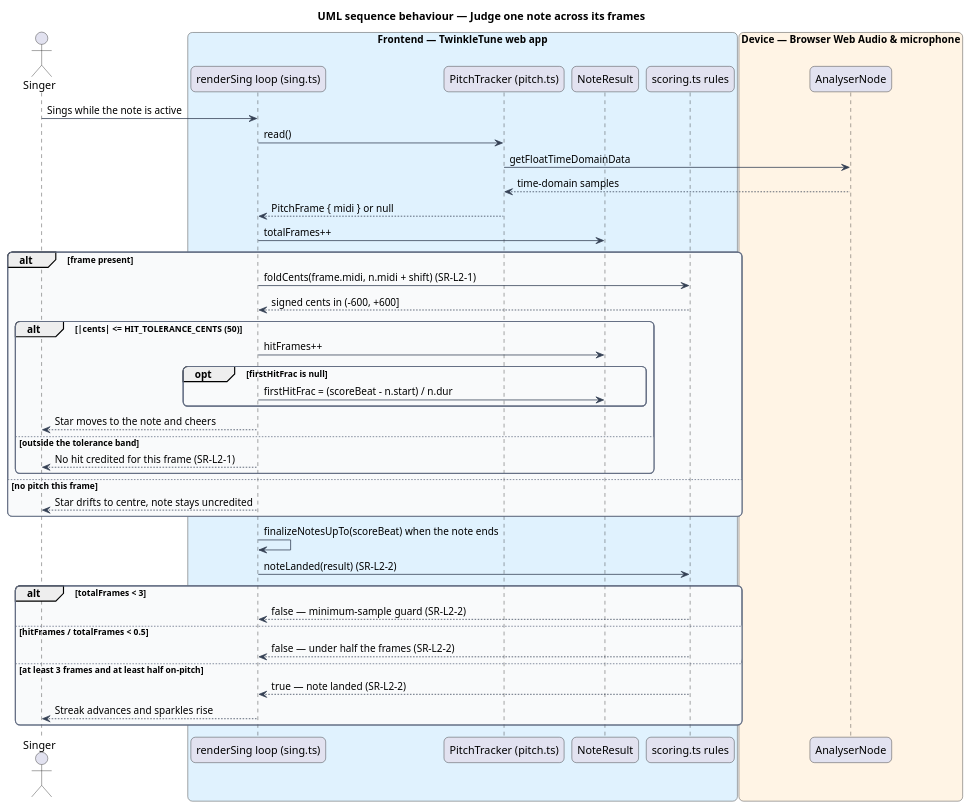
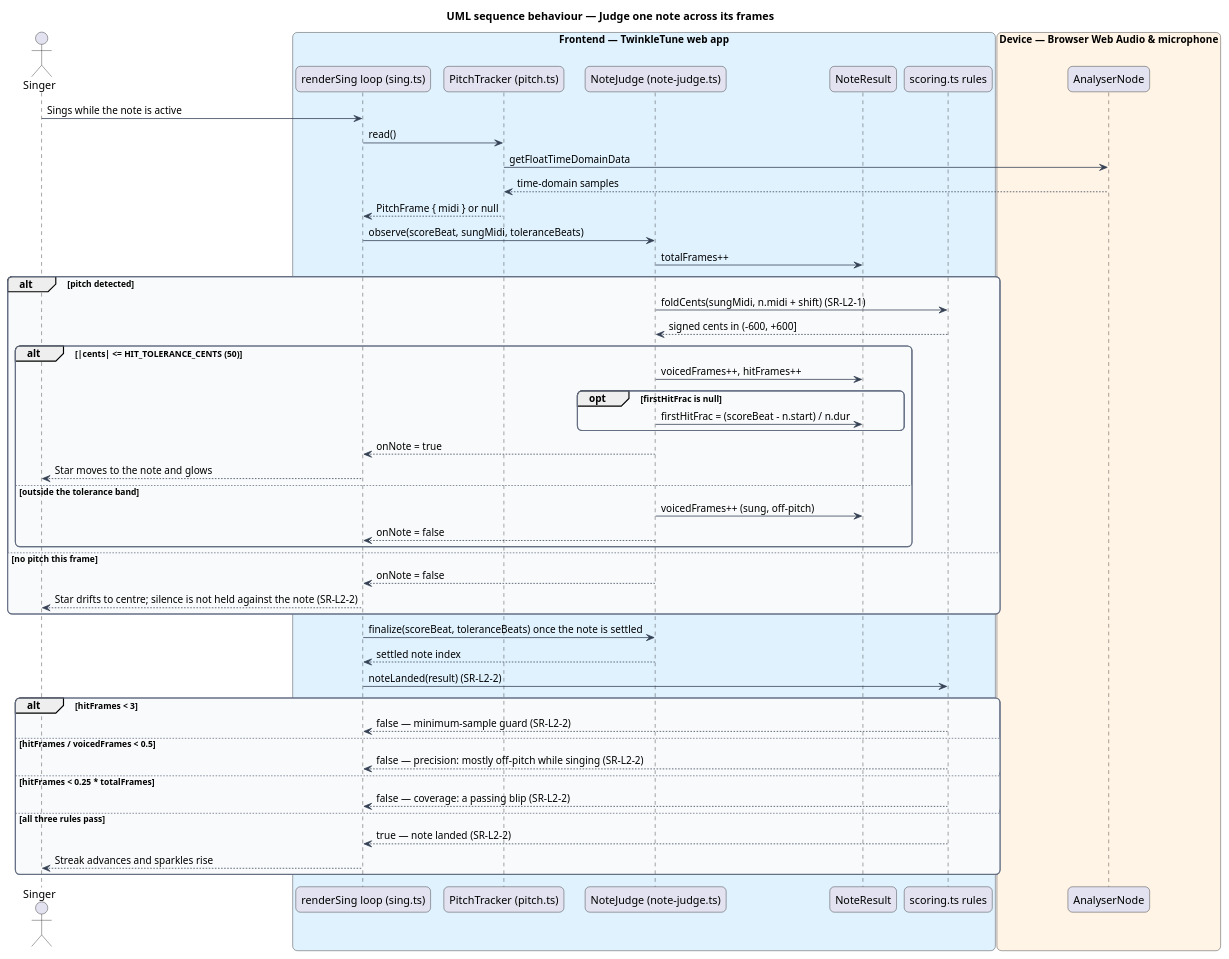
One commit to QuinntyneBrown/TwinkleTune changed the diagram in docs/detailed-designs/scoring-and-results/judge-landed-notes/diagrams/sequence-judge-one-note.puml. Above: the diagram before and after it, drawn with PlantUML. The commit also changed 18 other files, not shown here.

First line of the commit message:
Specify timing-tolerant, sung-frame note judging (SR-L2-2, SR-L2-18, SG-L2-25)

```diff
--- a/docs/detailed-designs/scoring-and-results/judge-landed-notes/diagrams/sequence-judge-one-note.puml
+++ b/docs/detailed-designs/scoring-and-results/judge-landed-notes/diagrams/sequence-judge-one-note.puml
@@ -1,61 +1,69 @@
 @startuml
 title UML sequence behaviour — Judge one note across its frames
 skinparam backgroundColor #FFFFFF
 skinparam shadowing false
 skinparam roundcorner 12
 skinparam defaultFontName Arial
 skinparam ArrowColor #344054
 skinparam rectangle {
   BorderColor #344054
   FontColor #101828
 }
 skinparam package {
   BorderColor #667085
   FontColor #101828
   BackgroundColor #F9FAFB
 }
 actor "Singer" as singer
 box "Frontend — TwinkleTune web app" #E0F2FE
   participant "renderSing loop (sing.ts)" as loop
   participant "PitchTracker (pitch.ts)" as tracker
+  participant "NoteJudge (note-judge.ts)" as judge
   participant "NoteResult" as result
   participant "scoring.ts rules" as rules
 end box
 box "Device — Browser Web Audio & microphone" #FFF4E5
   participant "AnalyserNode" as mic
 end box
 
 singer -> loop : Sings while the note is active
 loop -> tracker : read()
 tracker -> mic : getFloatTimeDomainData
 mic --> tracker : time-domain samples
 tracker --> loop : PitchFrame { midi } or null
 
-loop -> result : totalFrames++
-alt frame present
-  loop -> rules : foldCents(frame.midi, n.midi + shift) (SR-L2-1)
-  rules --> loop : signed cents in (-600, +600]
+loop -> judge : observe(scoreBeat, sungMidi, toleranceBeats)
+judge -> result : totalFrames++
+alt pitch detected
+  judge -> rules : foldCents(sungMidi, n.midi + shift) (SR-L2-1)
+  rules --> judge : signed cents in (-600, +600]
   alt |cents| <= HIT_TOLERANCE_CENTS (50)
-    loop -> result : hitFrames++
+    judge -> result : voicedFrames++, hitFrames++
     opt firstHitFrac is null
-      loop -> result : firstHitFrac = (scoreBeat - n.start) / n.dur
+      judge -> result : firstHitFrac = (scoreBeat - n.start) / n.dur
     end
-    loop --> singer : Star moves to the note and cheers
+    judge --> loop : onNote = true
+    loop --> singer : Star moves to the note and glows
   else outside the tolerance band
-    loop --> singer : No hit credited for this frame (SR-L2-1)
+    judge -> result : voicedFrames++ (sung, off-pitch)
+    judge --> loop : onNote = false
   end
 else no pitch this frame
-  loop --> singer : Star drifts to centre, note stays uncredited
+  judge --> loop : onNote = false
+  loop --> singer : Star drifts to centre; silence is not held against the note (SR-L2-2)
 end
 
-loop -> loop : finalizeNotesUpTo(scoreBeat) when the note ends
+loop -> judge : finalize(scoreBeat, toleranceBeats) once the note is settled
+judge --> loop : settled note index
 loop -> rules : noteLanded(result) (SR-L2-2)
-alt totalFrames < 3
+alt hitFrames < 3
   rules --> loop : false — minimum-sample guard (SR-L2-2)
-else hitFrames / totalFrames < 0.5
-  rules --> loop : false — under half the frames (SR-L2-2)
-else at least 3 frames and at least half on-pitch
+else hitFrames / voicedFrames < 0.5
+  rules --> loop : false — precision: mostly off-pitch while singing (SR-L2-2)
+else hitFrames < 0.25 * totalFrames
+  rules --> loop : false — coverage: a passing blip (SR-L2-2)
+else all three rules pass
   rules --> loop : true — note landed (SR-L2-2)
   loop --> singer : Streak advances and sparkles rise
 end
 @enduml
```
